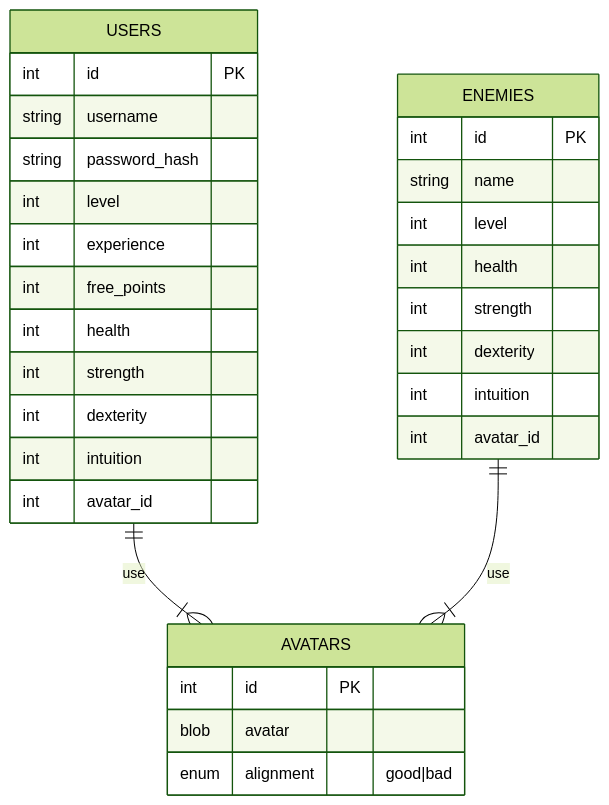
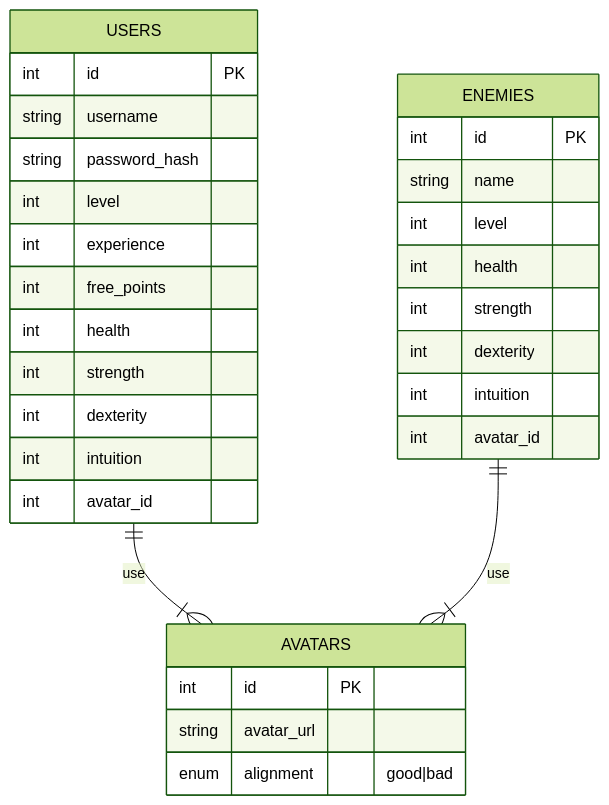
One commit to arkadiyshin/fighter changed the diagram in README.md. Above: the diagram before and after it, drawn with Mermaid (forest theme).

Commit message:
Renamed avatar to avatar_url

````diff
--- a/README.md
+++ b/README.md
@@ -85,38 +85,38 @@
 ```mermaid
 erDiagram
 
 USERS ||--|{ AVATARS : "use"
 ENEMIES ||--|{ AVATARS : "use"
 
 USERS{
   int id PK
   string username
   string password_hash
   int level
   int experience
   int free_points
   int health
   int strength
   int dexterity
   int intuition
   int avatar_id
 }
 
 ENEMIES{
   int id PK
   string name
   int level
   int health
   int strength
   int dexterity
   int intuition
   int avatar_id
 }
 
 AVATARS{
   int id PK
-  blob avatar
+  string avatar_url
   enum alignment "good|bad"
 }
 
 ```
````
